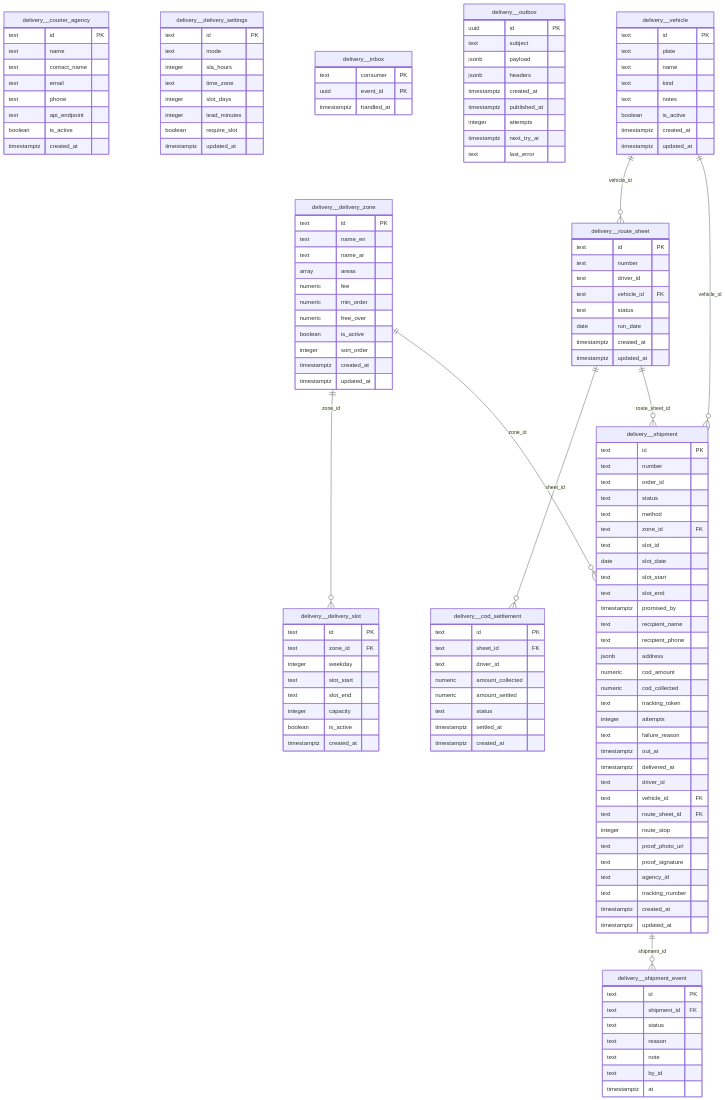
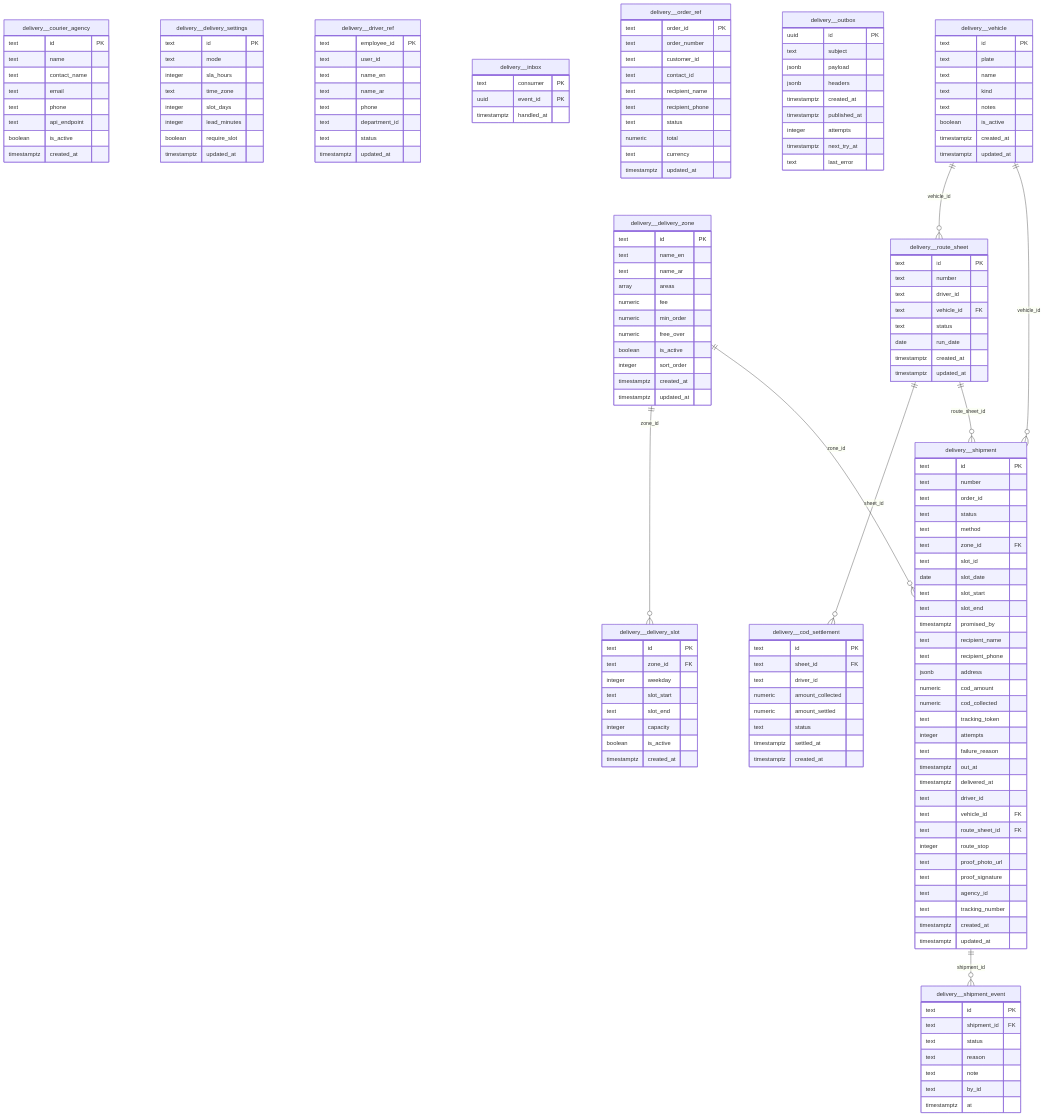
One commit to sahmedhusain/ishoot.bh changed the fourth of 15 diagrams in docs/ERD.md. Above: the diagram before and after it, drawn with Mermaid. The commit also changed other lines of this file and 496 other files, not shown here.

````diff
--- a/docs/ERD.md
+++ b/docs/ERD.md
@@ -1390,10 +1435,32 @@
         timestamptz created_at
         timestamptz updated_at
     }
+    delivery__driver_ref {
+        text employee_id PK
+        text user_id
+        text name_en
+        text name_ar
+        text phone
+        text department_id
+        text status
+        timestamptz updated_at
+    }
     delivery__inbox {
         text consumer PK
         uuid event_id PK
         timestamptz handled_at
+    }
+    delivery__order_ref {
+        text order_id PK
+        text order_number
+        text customer_id
+        text contact_id
+        text recipient_name
+        text recipient_phone
+        text status
+        numeric total
+        text currency
+        timestamptz updated_at
     }
     delivery__outbox {
         uuid id PK
@@ -1471,8 +1538,8 @@
     delivery__route_sheet ||--o{ delivery__cod_settlement : "sheet_id"
     delivery__delivery_zone ||--o{ delivery__delivery_slot : "zone_id"
     delivery__vehicle ||--o{ delivery__route_sheet : "vehicle_id"
+    delivery__route_sheet ||--o{ delivery__shipment : "route_sheet_id"
+    delivery__vehicle ||--o{ delivery__shipment : "vehicle_id"
     delivery__delivery_zone ||--o{ delivery__shipment : "zone_id"
-    delivery__vehicle ||--o{ delivery__shipment : "vehicle_id"
-    delivery__route_sheet ||--o{ delivery__shipment : "route_sheet_id"
     delivery__shipment ||--o{ delivery__shipment_event : "shipment_id"
 ```
````
